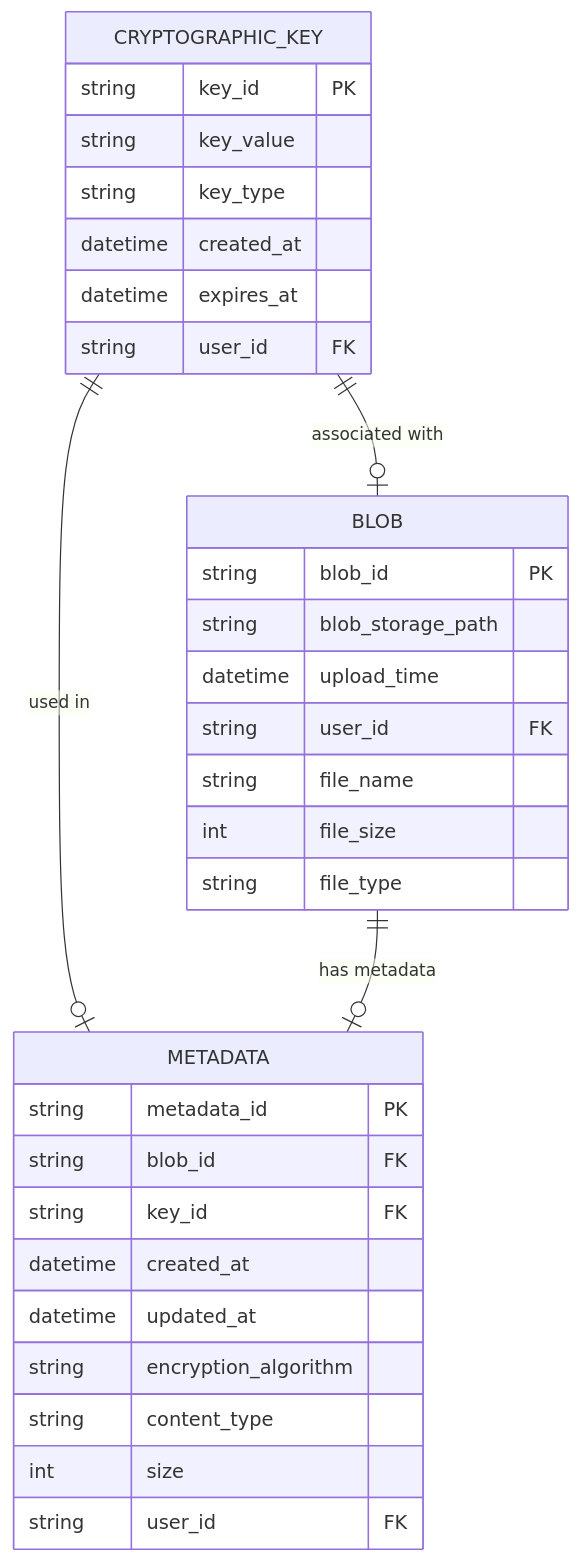
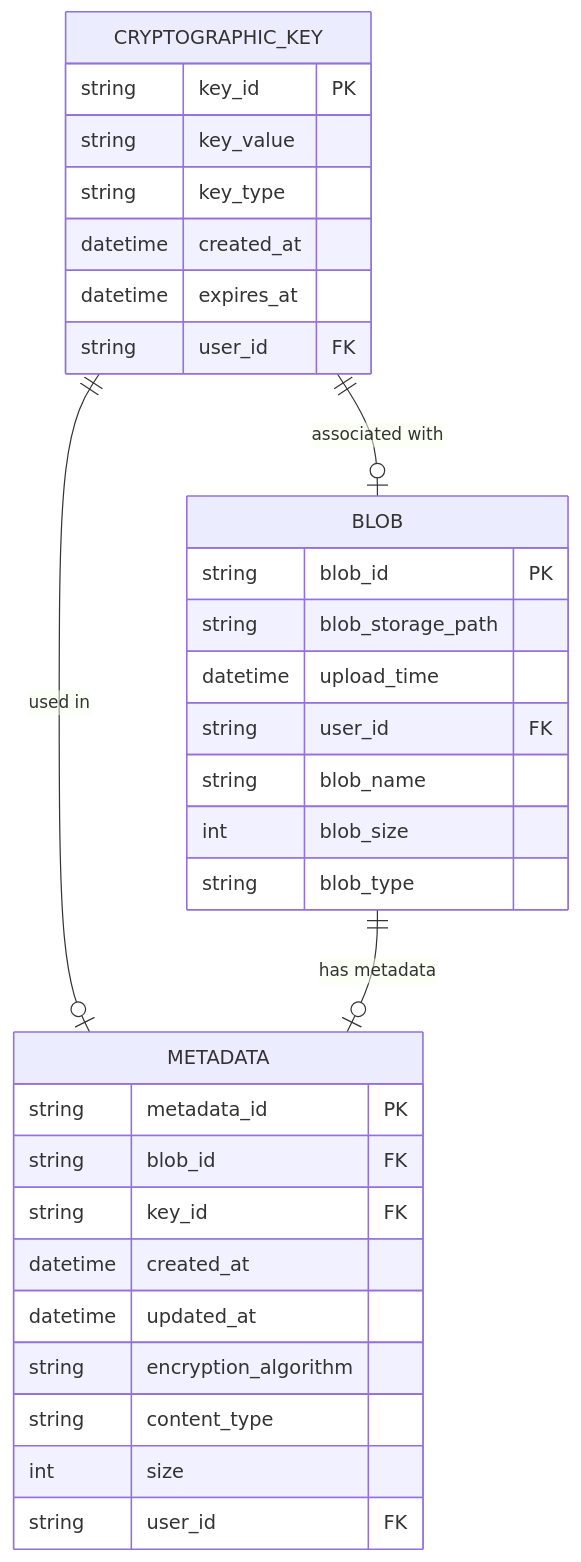
The diagram in docs/diagrams/erd.mmd (MGTheTrain/crypto-vault-service), drawn with Mermaid before and after one commit. The commit also changed 1 other file, not shown here.

Commit message:
replace file with blob

```diff
--- a/docs/diagrams/erd.mmd
+++ b/docs/diagrams/erd.mmd
@@ -1,35 +1,35 @@
 erDiagram
     CRYPTOGRAPHIC_KEY {
         string key_id PK
         string key_value
         string key_type
         datetime created_at
         datetime expires_at
         string user_id FK
     }
 
     METADATA {
         string metadata_id PK
         string blob_id FK
         string key_id FK
         datetime created_at
         datetime updated_at
         string encryption_algorithm
         string content_type
         int size
         string user_id FK
     }
 
     BLOB {
         string blob_id PK
         string blob_storage_path
         datetime upload_time
         string user_id FK
-        string file_name
-        int file_size
-        string file_type
+        string blob_name
+        int blob_size
+        string blob_type
     }
 
     CRYPTOGRAPHIC_KEY ||--o| METADATA : "used in"
     CRYPTOGRAPHIC_KEY ||--o| BLOB : "associated with"
     BLOB ||--o| METADATA : "has metadata"
```
